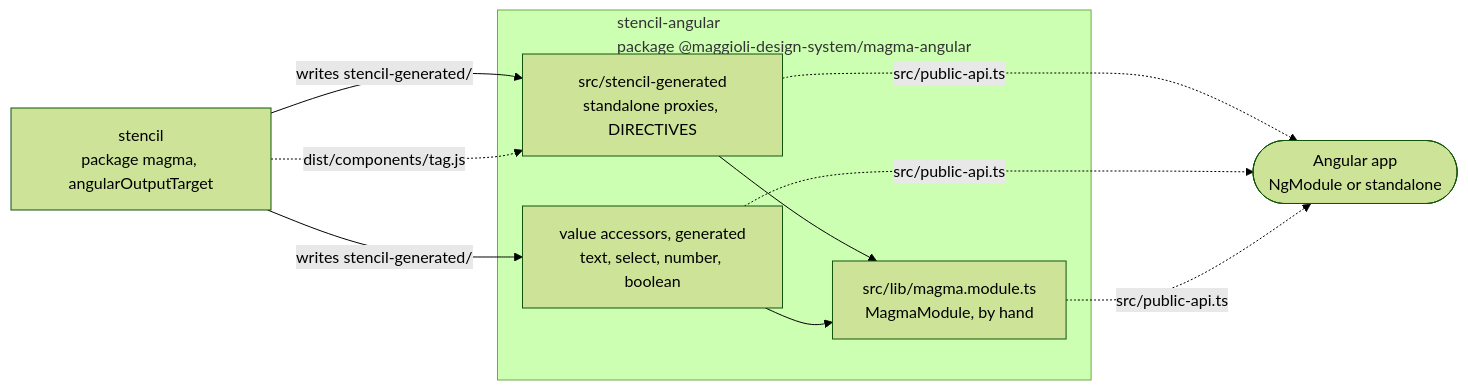
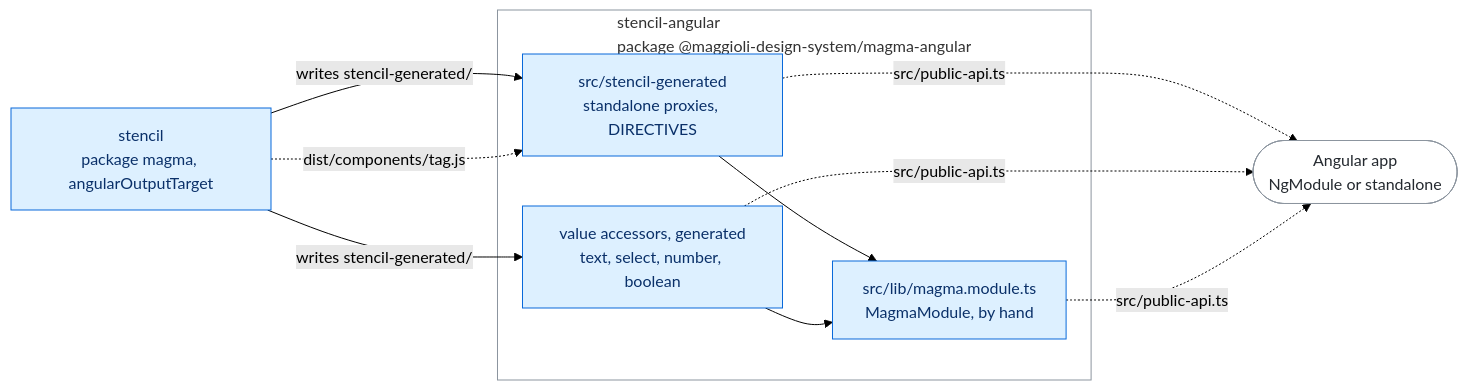
Before and after one commit to magma-design-system/magma: the diagram in projects/stencil-angular/README.md, drawn with Mermaid (forest theme). The commit also changed other lines of this file and 11 other files, not shown here.

First line of the commit message:
docs(magma): colour the diagrams of the projects by axis

````diff
--- a/projects/stencil-angular/README.md
+++ b/projects/stencil-angular/README.md
@@ -14,13 +14,23 @@
 ```mermaid
 flowchart LR
   WC["stencil<br/>package magma, angularOutputTarget"]
   subgraph an["stencil-angular<br/>package @maggioli-design-system/magma-angular"]
     GEN["src/stencil-generated<br/>standalone proxies, DIRECTIVES"]
     VA["value accessors, generated<br/>text, select, number, boolean"]
     MOD["src/lib/magma.module.ts<br/>MagmaModule, by hand"]
     GEN & VA --> MOD
   end
   WC -->|"writes stencil-generated/"| GEN & VA
   WC -.->|"dist/components/tag.js"| GEN
   GEN & VA & MOD -.->|"src/public-api.ts"| APP(["Angular app<br/>NgModule or standalone"])
+  class WC,GEN,VA,MOD components
+  class APP outside
+  class an area
+  classDef ai fill:#efe5ff,stroke:#8250df,color:#3e1f79
+  classDef assets fill:#fff1d6,stroke:#bf8700,color:#5c3d00
+  classDef visual fill:#dcf5ec,stroke:#1a7f64,color:#0b4a3a
+  classDef components fill:#ddf0ff,stroke:#0969da,color:#0a3069
+  classDef tooling fill:#eceff3,stroke:#57606a,color:#24292f
+  classDef outside fill:#ffffff,stroke:#8c959f,color:#24292f
+  classDef area fill:none,stroke:#8c959f
 ```
````
